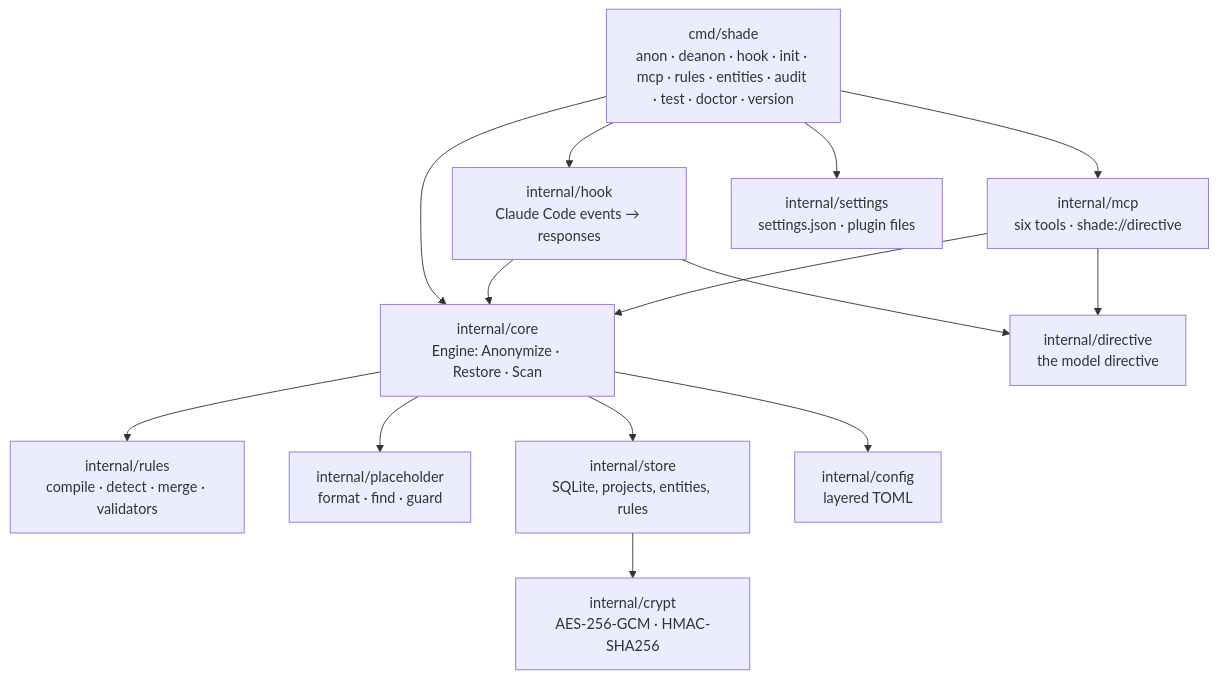
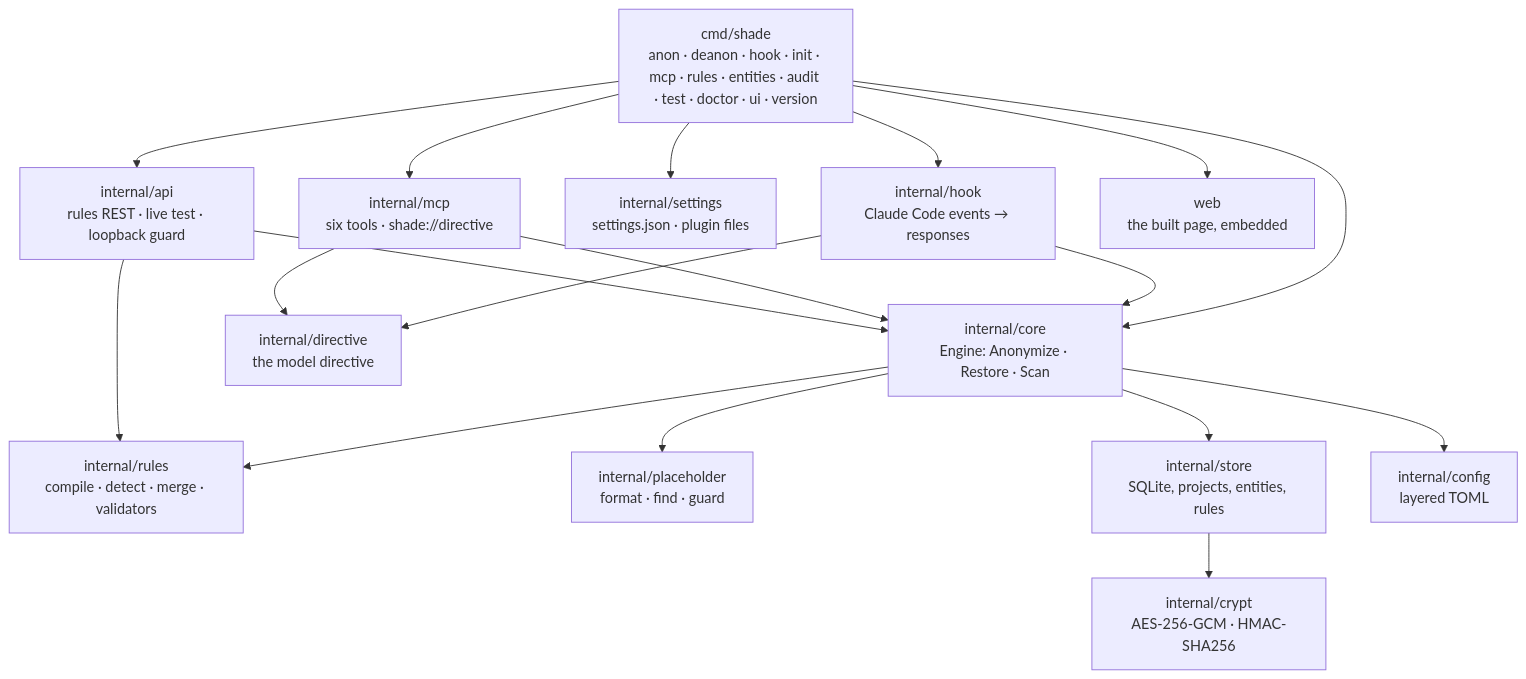
The third of 3 diagrams in README.md (werbot/shade), drawn with Mermaid before and after one commit. The commit also changed other lines of this file, not shown here.

First line of the commit message:
📚 docs: describe shade ui and the web build

````diff
--- a/README.md
+++ b/README.md
@@ -262,17 +326,21 @@
 ```mermaid
 flowchart TB
-    CLI["cmd/shade<br/>anon · deanon · hook · init · mcp · rules · entities · audit · test · doctor · version"]
+    CLI["cmd/shade<br/>anon · deanon · hook · init · mcp · rules · entities · audit · test · doctor · ui · version"]
     CLI --> Core["internal/core<br/>Engine: Anonymize · Restore · Scan"]
     CLI --> Hook["internal/hook<br/>Claude Code events → responses"]
     CLI --> MCP["internal/mcp<br/>six tools · shade://directive"]
     CLI --> Set["internal/settings<br/>settings.json · plugin files"]
+    CLI --> API["internal/api<br/>rules REST · live test · loopback guard"]
+    CLI --> Web["web<br/>the built page, embedded"]
     Hook --> Core
     Hook --> Dir["internal/directive<br/>the model directive"]
     MCP --> Core
     MCP --> Dir
+    API --> Core
     Core --> Rules["internal/rules<br/>compile · detect · merge · validators"]
     Core --> PH["internal/placeholder<br/>format · find · guard"]
     Core --> Store["internal/store<br/>SQLite, projects, entities, rules"]
     Core --> Cfg["internal/config<br/>layered TOML"]
+    API --> Rules
     Store --> Crypt["internal/crypt<br/>AES-256-GCM · HMAC-SHA256"]
 ```
````
